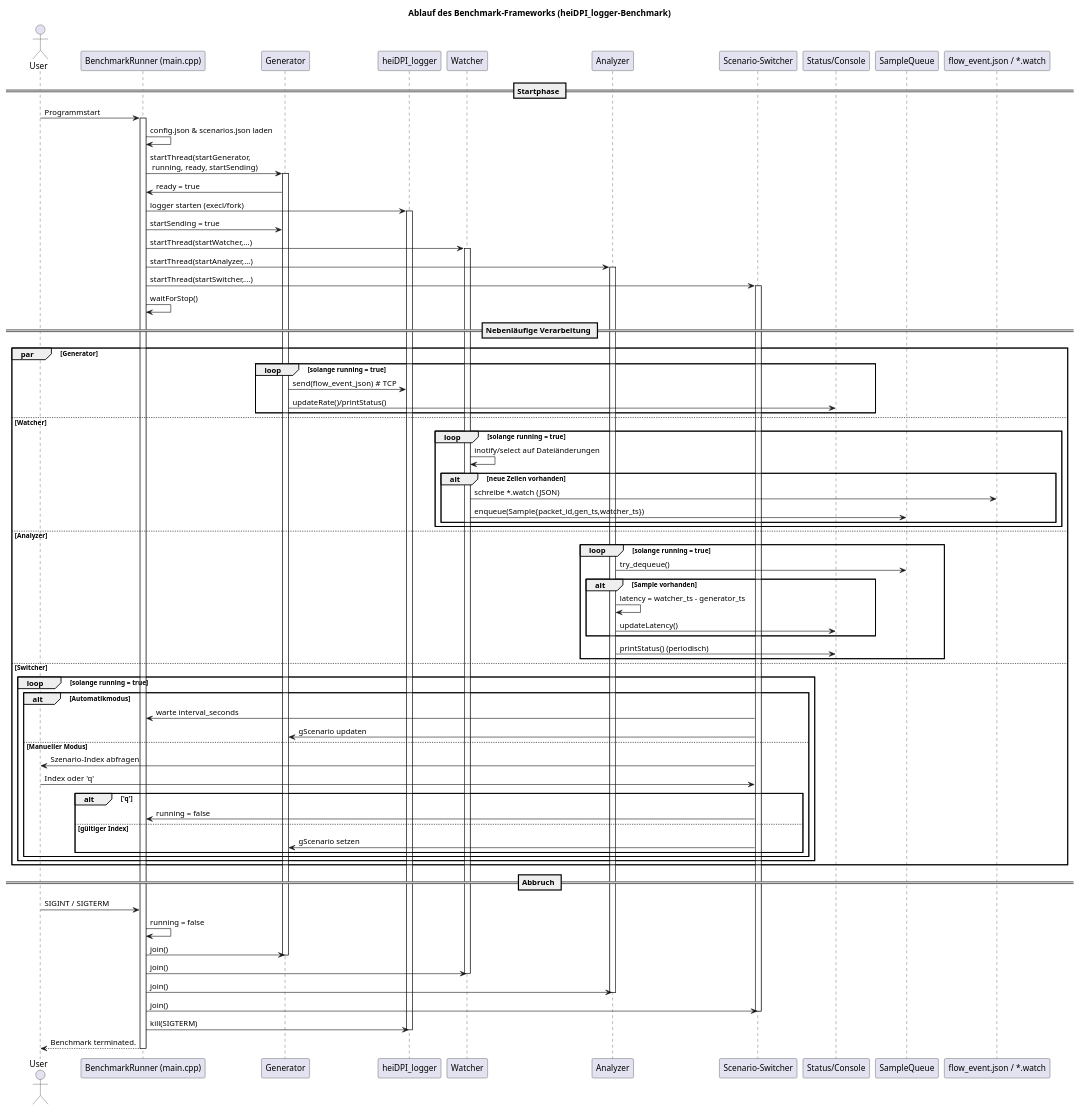
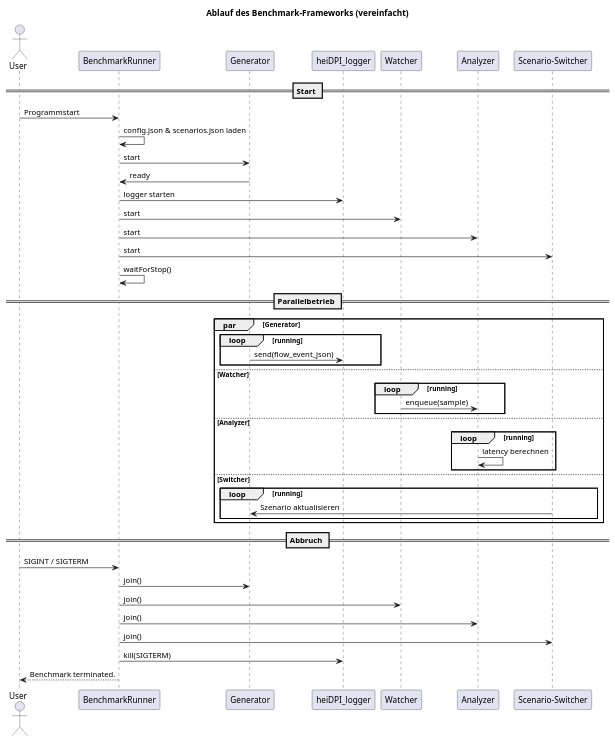
The diagram in benchmark/sequenz_diagramm.puml (bpatenko/heiDPI_benchmark), drawn with PlantUML before and after one commit.

Commit message:
Simplify benchmark sequence diagram

```diff
--- a/benchmark/sequenz_diagramm.puml
+++ b/benchmark/sequenz_diagramm.puml
@@ -1,89 +1,50 @@
 @startuml
-title Ablauf des Benchmark-Frameworks (heiDPI_logger-Benchmark)
+title Ablauf des Benchmark-Frameworks (vereinfacht)
 
 actor User
-participant Runner as "BenchmarkRunner (main.cpp)"
-participant GeneratorThread as "Generator"
-participant LoggerProcess as "heiDPI_logger"
-participant WatcherThread as "Watcher"
-participant AnalyzerThread as "Analyzer"
-participant SwitcherThread as "Scenario-Switcher"
-participant Status as "Status/Console"
-participant Queue as "SampleQueue"
-participant "flow_event.json / *.watch" as File
+participant Runner as "BenchmarkRunner"
+participant Generator as "Generator"
+participant Logger as "heiDPI_logger"
+participant Watcher as "Watcher"
+participant Analyzer as "Analyzer"
+participant Switcher as "Scenario-Switcher"
 
-
-== Startphase ==
+== Start ==
 User -> Runner: Programmstart
-activate Runner
 Runner -> Runner: config.json & scenarios.json laden
-Runner -> GeneratorThread: startThread(startGenerator,\n running, ready, startSending)
-activate GeneratorThread
-GeneratorThread -> Runner: ready = true
-Runner -> LoggerProcess: logger starten (execl/fork)
-activate LoggerProcess
-Runner -> GeneratorThread: startSending = true
-Runner -> WatcherThread: startThread(startWatcher,...)
-activate WatcherThread
-Runner -> AnalyzerThread: startThread(startAnalyzer,...)
-activate AnalyzerThread
-Runner -> SwitcherThread: startThread(startSwitcher,...)
-activate SwitcherThread
+Runner -> Generator: start
+Generator -> Runner: ready
+Runner -> Logger: logger starten
+Runner -> Watcher: start
+Runner -> Analyzer: start
+Runner -> Switcher: start
 Runner -> Runner: waitForStop()
 
-== Nebenläufige Verarbeitung ==
+== Parallelbetrieb ==
 par Generator
-  loop solange running = true
-    GeneratorThread -> LoggerProcess: send(flow_event_json)  # TCP
-    GeneratorThread -> Status: updateRate()/printStatus()
+  loop running
+    Generator -> Logger: send(flow_event_json)
   end
 else Watcher
-  loop solange running = true
-    WatcherThread -> WatcherThread: inotify/select auf Dateiänderungen
-    alt neue Zeilen vorhanden
-      WatcherThread -> File: schreibe *.watch (JSON)
-      WatcherThread -> Queue: enqueue(Sample{packet_id,gen_ts,watcher_ts})
-    end
+  loop running
+    Watcher -> Analyzer: enqueue(sample)
   end
 else Analyzer
-  loop solange running = true
-    AnalyzerThread -> Queue: try_dequeue()
-    alt Sample vorhanden
-      AnalyzerThread -> AnalyzerThread: latency = watcher_ts - generator_ts
-      AnalyzerThread -> Status: updateLatency()
-    end
-    AnalyzerThread -> Status: printStatus() (periodisch)
+  loop running
+    Analyzer -> Analyzer: latency berechnen
   end
 else Switcher
-  loop solange running = true
-    alt Automatikmodus
-      SwitcherThread -> Runner: warte interval_seconds
-      SwitcherThread -> GeneratorThread: gScenario updaten
-    else Manueller Modus
-      SwitcherThread -> User: Szenario-Index abfragen
-      User -> SwitcherThread: Index oder 'q'
-      alt 'q'
-        SwitcherThread -> Runner: running = false
-      else gültiger Index
-        SwitcherThread -> GeneratorThread: gScenario setzen
-      end
-    end
+  loop running
+    Switcher -> Generator: Szenario aktualisieren
   end
 end
 
 == Abbruch ==
 User -> Runner: SIGINT / SIGTERM
-Runner -> Runner: running = false
-Runner -> GeneratorThread: join()
-deactivate GeneratorThread
-Runner -> WatcherThread: join()
-deactivate WatcherThread
-Runner -> AnalyzerThread: join()
-deactivate AnalyzerThread
-Runner -> SwitcherThread: join()
-deactivate SwitcherThread
-Runner -> LoggerProcess: kill(SIGTERM)
-deactivate LoggerProcess
+Runner -> Generator: join()
+Runner -> Watcher: join()
+Runner -> Analyzer: join()
+Runner -> Switcher: join()
+Runner -> Logger: kill(SIGTERM)
 Runner --> User: Benchmark terminated.
-deactivate Runner
 @enduml
```
